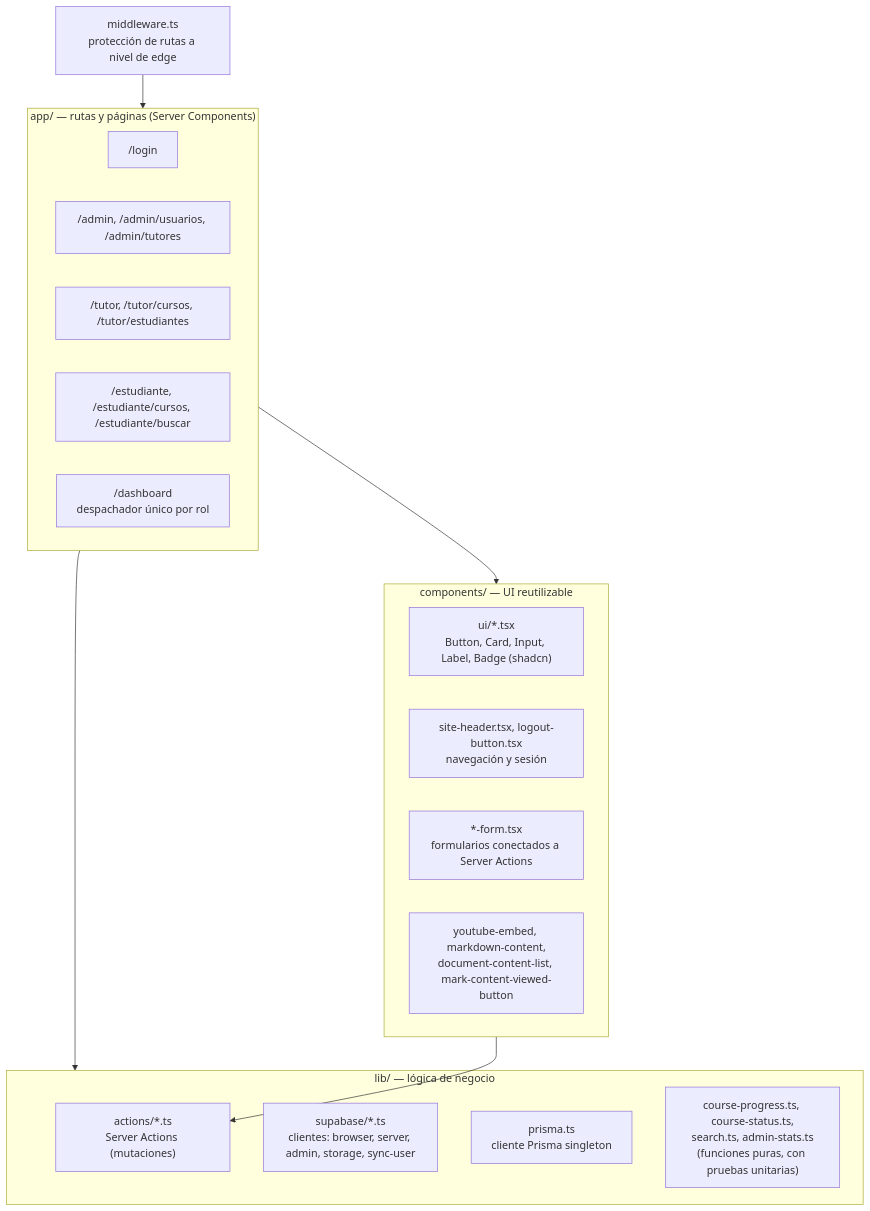
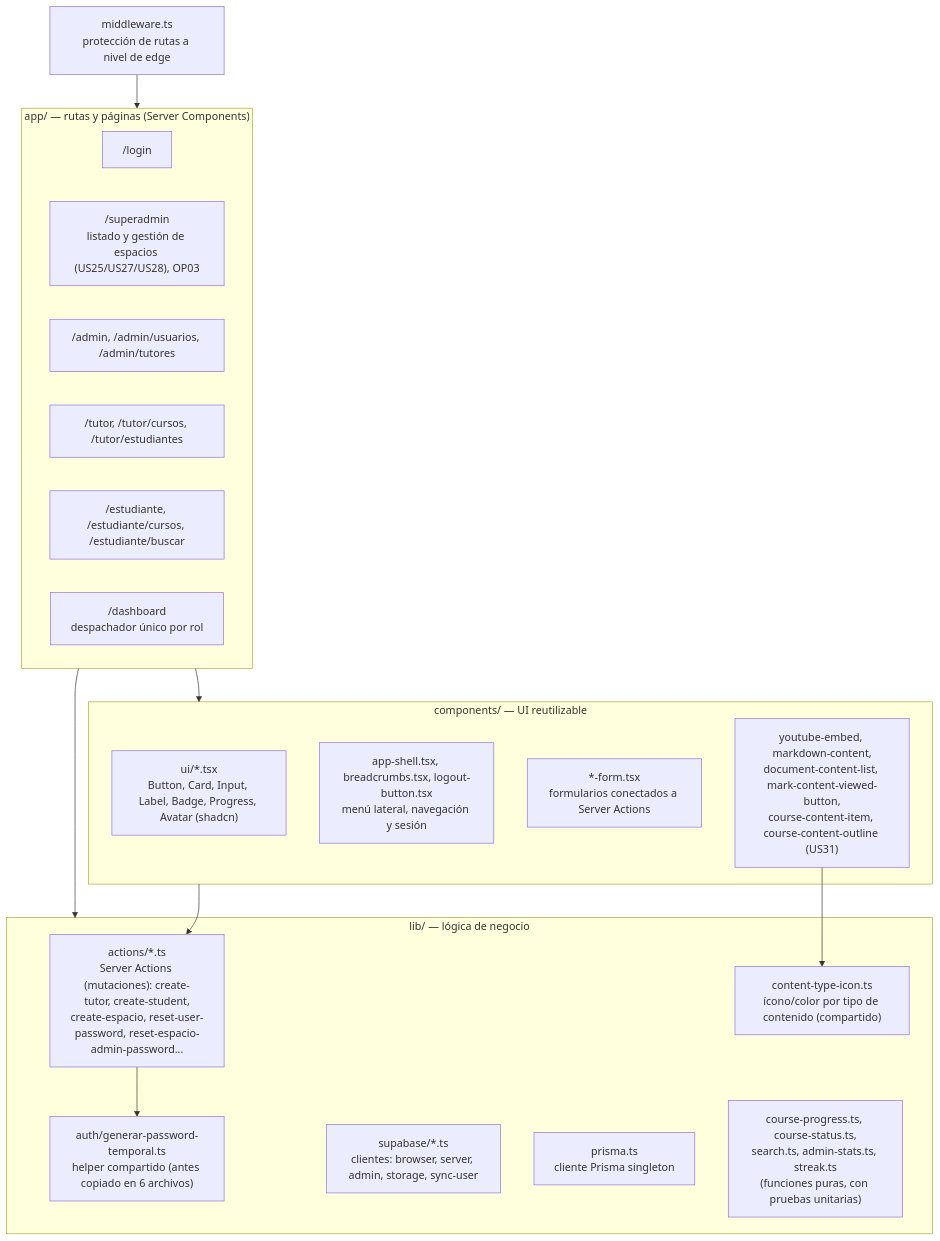
Before and after one commit to profefabio-dev/proyecto-lms: the third of 7 diagrams in Diagrama_de_Arquitectura.md, drawn with Mermaid. The commit also changed other lines of this file and 5 other files, not shown here.

````diff
--- a/Diagrama_de_Arquitectura.md
+++ b/Diagrama_de_Arquitectura.md
@@ -84,31 +89,36 @@
 ```mermaid
 flowchart TB
     subgraph app["app/ — rutas y páginas (Server Components)"]
         LoginPage["/login"]
+        SuperAdminPages["/superadmin<br/>listado y gestión de espacios (US25/US27/US28), OP03"]
         AdminPages["/admin, /admin/usuarios, /admin/tutores"]
         TutorPages["/tutor, /tutor/cursos, /tutor/estudiantes"]
         EstudiantePages["/estudiante, /estudiante/cursos, /estudiante/buscar"]
         DashboardDispatch["/dashboard<br/>despachador único por rol"]
     end
 
     subgraph lib["lib/ — lógica de negocio"]
-        LibActions["actions/*.ts<br/>Server Actions (mutaciones)"]
+        LibActions["actions/*.ts<br/>Server Actions (mutaciones): create-tutor, create-student,<br/>create-espacio, reset-user-password, reset-espacio-admin-password..."]
+        LibAuth["auth/generar-password-temporal.ts<br/>helper compartido (antes copiado en 6 archivos)"]
         LibSupabase["supabase/*.ts<br/>clientes: browser, server, admin, storage, sync-user"]
         LibPrisma["prisma.ts<br/>cliente Prisma singleton"]
-        LibPuras["course-progress.ts, course-status.ts,<br/>search.ts, admin-stats.ts<br/>(funciones puras, con pruebas unitarias)"]
+        LibContentIcon["content-type-icon.ts<br/>ícono/color por tipo de contenido (compartido)"]
+        LibPuras["course-progress.ts, course-status.ts,<br/>search.ts, admin-stats.ts, streak.ts<br/>(funciones puras, con pruebas unitarias)"]
     end
 
     subgraph componentes["components/ — UI reutilizable"]
-        UIBase["ui/*.tsx<br/>Button, Card, Input, Label, Badge (shadcn)"]
-        SiteHeader["site-header.tsx, logout-button.tsx<br/>navegación y sesión"]
+        UIBase["ui/*.tsx<br/>Button, Card, Input, Label, Badge, Progress, Avatar (shadcn)"]
+        AppShell["app-shell.tsx, breadcrumbs.tsx, logout-button.tsx<br/>menú lateral, navegación y sesión"]
         Formularios["*-form.tsx<br/>formularios conectados a Server Actions"]
-        ContentUI["youtube-embed, markdown-content,<br/>document-content-list, mark-content-viewed-button"]
+        ContentUI["youtube-embed, markdown-content,<br/>document-content-list, mark-content-viewed-button,<br/>course-content-item, course-content-outline (US31)"]
     end
 
     Middleware["middleware.ts<br/>protección de rutas a nivel de edge"]
 
     app --> lib
     app --> componentes
     componentes --> LibActions
+    LibActions --> LibAuth
+    ContentUI --> LibContentIcon
     Middleware --> app
 ```
````
